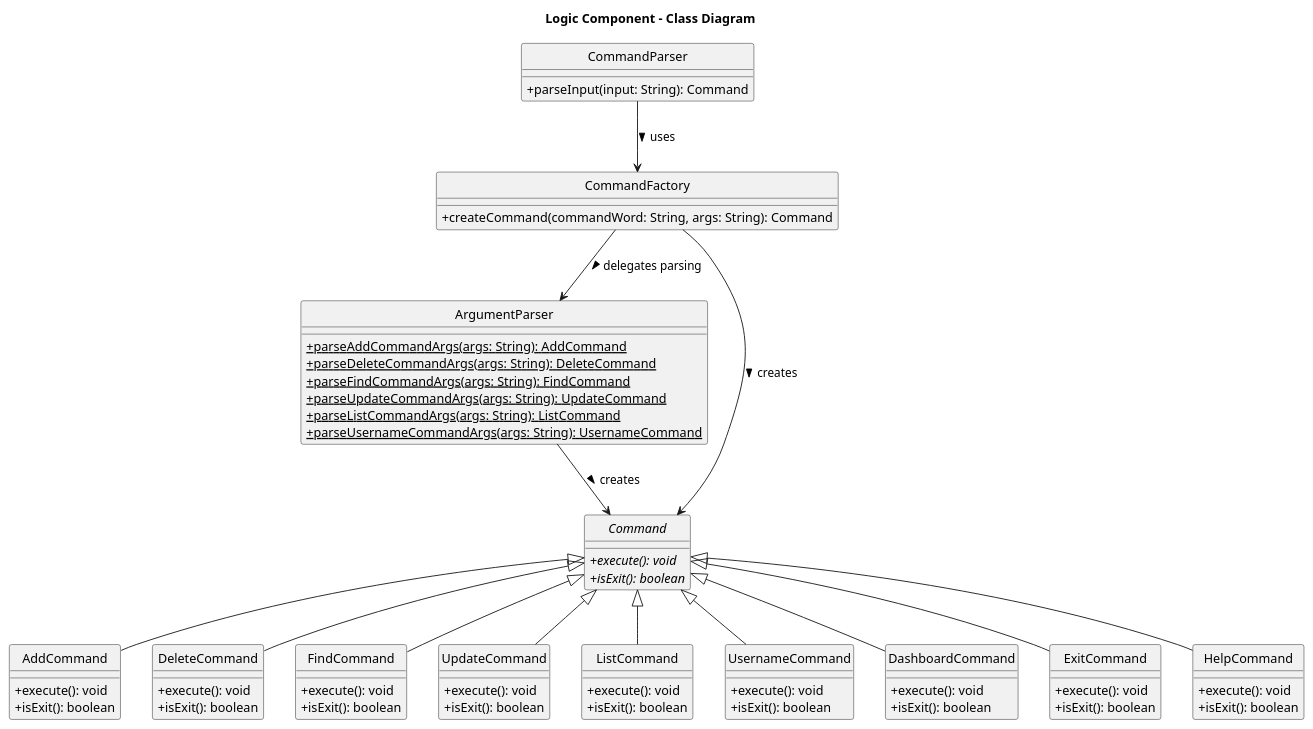
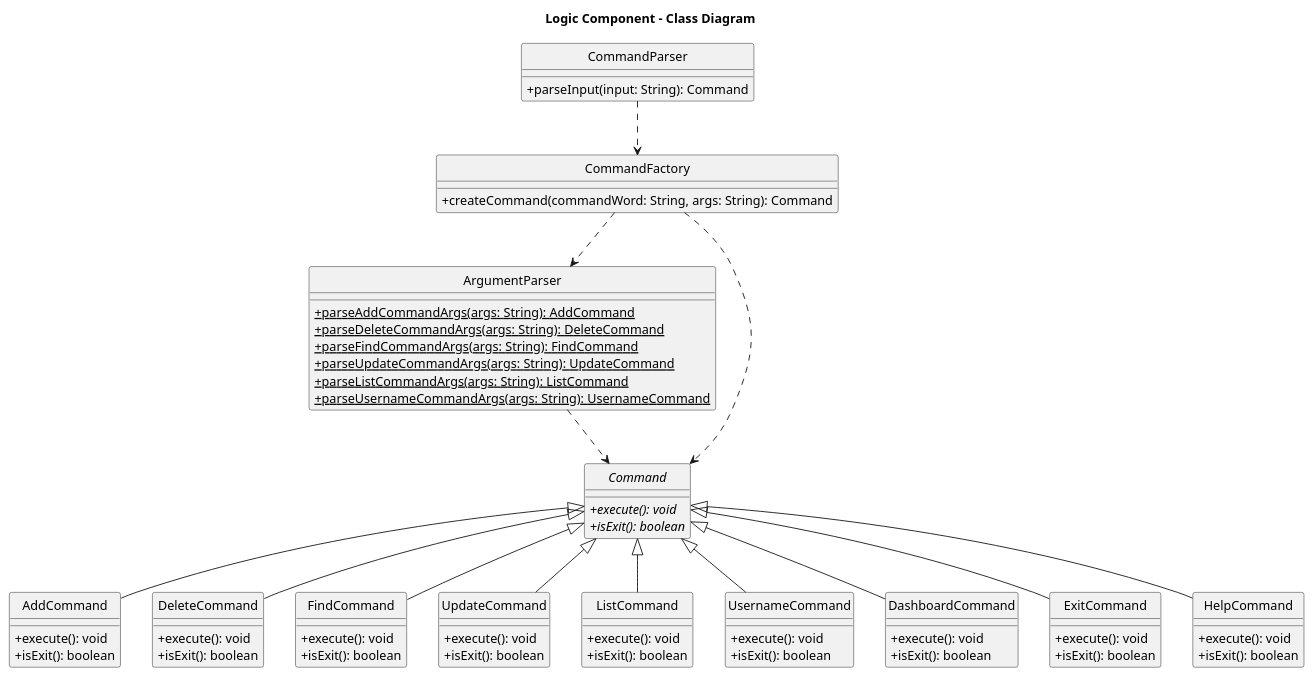
One commit to AY2526S1-CS2113-W14-4/tp changed the diagram in docs/diagrams/LogicComponentCD.puml. Above: the diagram before and after it, drawn with PlantUML. The commit also changed 8 other files, not shown here.

Commit message:
Fix diagrams

```diff
--- a/docs/diagrams/LogicComponentCD.puml
+++ b/docs/diagrams/LogicComponentCD.puml
@@ -1,87 +1,87 @@
 @startuml
 hide circle
 skinparam classAttributeIconSize 0
 title Logic Component - Class Diagram
 
 class CommandParser {
     + parseInput(input: String): Command
 }
 
 class CommandFactory {
     + createCommand(commandWord: String, args: String): Command
 }
 
 class ArgumentParser {
     + {static} parseAddCommandArgs(args: String): AddCommand
     + {static} parseDeleteCommandArgs(args: String): DeleteCommand
     + {static} parseFindCommandArgs(args: String): FindCommand
     + {static} parseUpdateCommandArgs(args: String): UpdateCommand
     + {static} parseListCommandArgs(args: String): ListCommand
     + {static} parseUsernameCommandArgs(args: String): UsernameCommand
 }
 
 abstract class Command {
     + {abstract} execute(): void
     + {abstract} isExit(): boolean
 }
 
 class AddCommand {
     + execute(): void
     + isExit(): boolean
 }
 class DeleteCommand
 {
     + execute(): void
     + isExit(): boolean
 }
 class FindCommand
 {
     + execute(): void
     + isExit(): boolean
 }
 class UpdateCommand
 {
     + execute(): void
     + isExit(): boolean
 }
 class ListCommand
 {
     + execute(): void
     + isExit(): boolean
 }
 class UsernameCommand
 {
     + execute(): void
     + isExit(): boolean
 }
 class DashboardCommand
 {
     + execute(): void
     + isExit(): boolean
 }
 class ExitCommand
 {
     + execute(): void
     + isExit(): boolean
 }
 class HelpCommand
 {
     + execute(): void
     + isExit(): boolean
 }
 
-CommandParser --> CommandFactory : uses >
-CommandFactory --> ArgumentParser : delegates parsing >
-CommandFactory --> Command : creates >
-ArgumentParser --> Command : creates >
+CommandParser ..> CommandFactory
+CommandFactory ..> ArgumentParser
+CommandFactory ..> Command
+ArgumentParser ..> Command
 Command <|-- AddCommand
 Command <|-- DeleteCommand
 Command <|-- FindCommand
 Command <|-- UpdateCommand
 Command <|-- ListCommand
 Command <|-- UsernameCommand
 Command <|-- DashboardCommand
 Command <|-- HelpCommand
 Command <|-- ExitCommand
 
 @enduml
```
